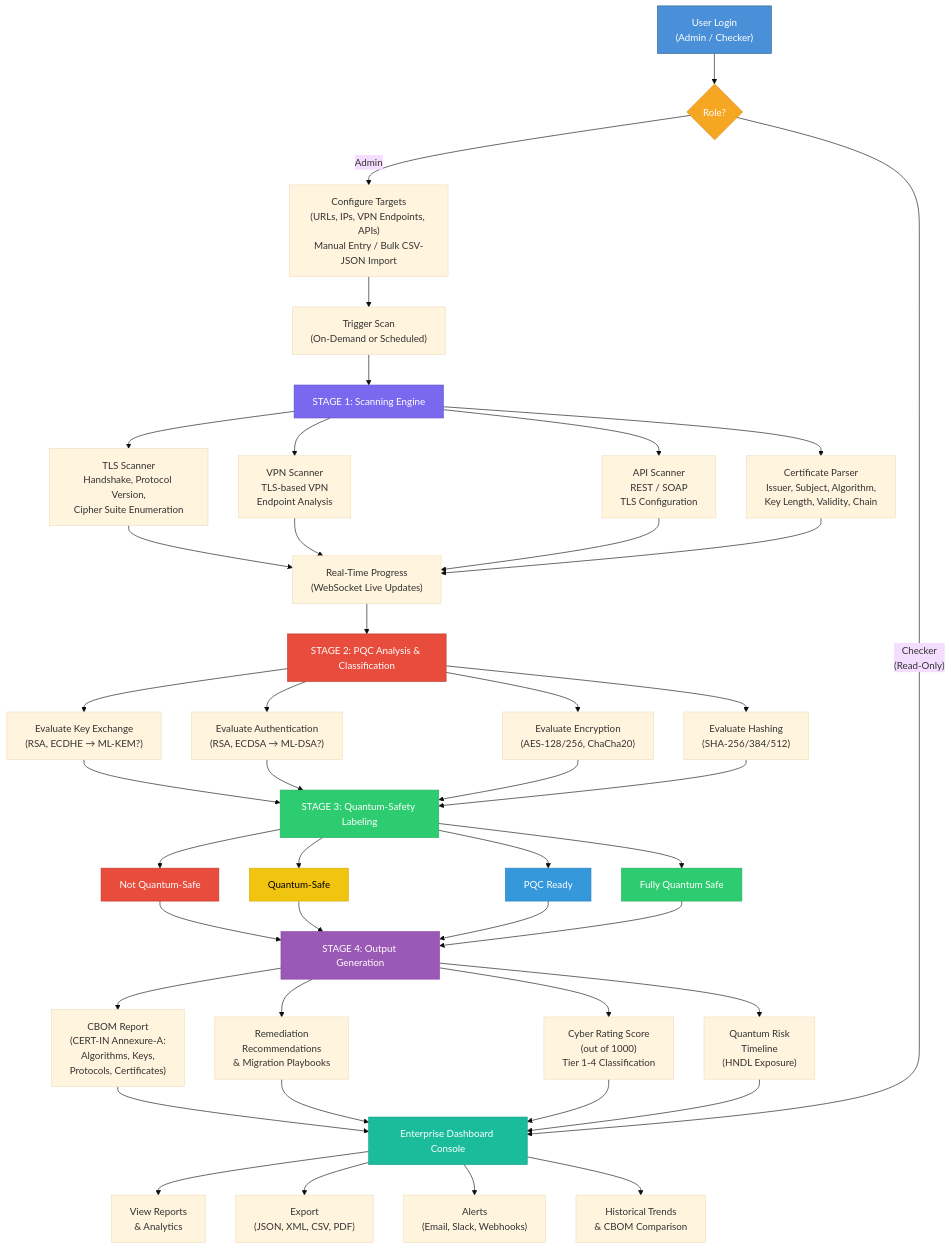
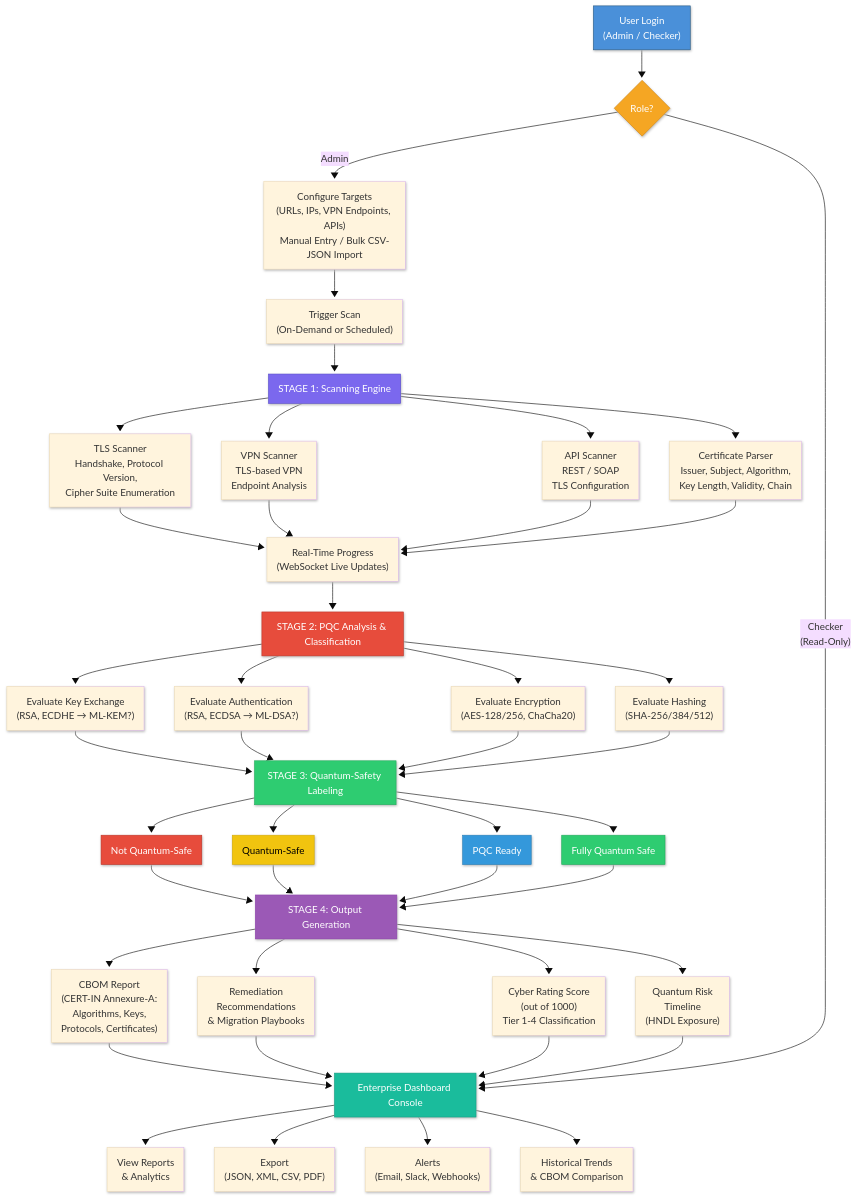
One commit to Team-Gabhrus/rakshak changed the diagram in Software Requirement Specification(SRS)_Hackathon 2026.md. Above: the diagram before and after it, drawn with Mermaid (base theme). The commit also changed other lines of this file, not shown here.

````diff
--- a/Software Requirement Specification(SRS)_Hackathon 2026.md
+++ b/Software Requirement Specification(SRS)_Hackathon 2026.md
@@ -99,65 +88,49 @@
 ```mermaid
+---
+config:
+  layout: dagre
+  look: neo
+---
 flowchart TD
-    %% ── User Entry ──
     A["User Login<br/>(Admin / Checker)"] --> B{"Role?"}
-
-    %% ── Admin Path ──
     B -- "Admin" --> C["Configure Targets<br/>(URLs, IPs, VPN Endpoints, APIs)<br/>Manual Entry / Bulk CSV-JSON Import"]
     C --> D["Trigger Scan<br/>(On-Demand or Scheduled)"]
-
-    %% ── Scanning Stage ──
     D --> E["STAGE 1: Scanning Engine"]
     E --> E1["TLS Scanner<br/>Handshake, Protocol Version,<br/>Cipher Suite Enumeration"]
     E --> E2["VPN Scanner<br/>TLS-based VPN<br/>Endpoint Analysis"]
     E --> E3["API Scanner<br/>REST / SOAP<br/>TLS Configuration"]
     E --> E4["Certificate Parser<br/>Issuer, Subject, Algorithm,<br/>Key Length, Validity, Chain"]
-
-    %% ── Live Monitoring ──
     E1 & E2 & E3 & E4 --> F["Real-Time Progress<br/>(WebSocket Live Updates)"]
-
-    %% ── Analysis Stage ──
     F --> G["STAGE 2: PQC Analysis & Classification"]
     G --> G1["Evaluate Key Exchange<br/>(RSA, ECDHE → ML-KEM?)"]
     G --> G2["Evaluate Authentication<br/>(RSA, ECDSA → ML-DSA?)"]
     G --> G3["Evaluate Encryption<br/>(AES-128/256, ChaCha20)"]
     G --> G4["Evaluate Hashing<br/>(SHA-256/384/512)"]
-
-    %% ── Classification ──
     G1 & G2 & G3 & G4 --> H["STAGE 3: Quantum-Safety Labeling"]
     H --> H1["Not Quantum-Safe"]
     H --> H2["Quantum-Safe"]
     H --> H3["PQC Ready"]
     H --> H4["Fully Quantum Safe"]
-
-    %% ── Output Stage ──
     H1 & H2 & H3 & H4 --> I["STAGE 4: Output Generation"]
     I --> I1["CBOM Report<br/>(CERT-IN Annexure-A:<br/>Algorithms, Keys,<br/>Protocols, Certificates)"]
     I --> I2["Remediation<br/>Recommendations<br/>& Migration Playbooks"]
     I --> I3["Cyber Rating Score<br/>(out of 1000)<br/>Tier 1-4 Classification"]
     I --> I4["Quantum Risk<br/>Timeline<br/>(HNDL Exposure)"]
-
-    %% ── Enterprise Console ──
     I1 & I2 & I3 & I4 --> J["Enterprise Dashboard Console"]
-
-    %% ── Checker Path ──
     B -- "Checker<br/>(Read-Only)" --> J
-
-    %% ── Dashboard Outputs ──
     J --> K1["View Reports<br/>& Analytics"]
     J --> K2["Export<br/>(JSON, XML, CSV, PDF)"]
     J --> K3["Alerts<br/>(Email, Slack, Webhooks)"]
     J --> K4["Historical Trends<br/>& CBOM Comparison"]
-
-    %% ── Styling ──
     style A fill:#4A90D9,stroke:#2C5F8A,color:#fff
     style B fill:#F5A623,stroke:#D48A1A,color:#fff
     style E fill:#7B68EE,stroke:#5A4FCF,color:#fff
     style G fill:#E74C3C,stroke:#C0392B,color:#fff
     style H fill:#2ECC71,stroke:#27AE60,color:#fff
     style I fill:#9B59B6,stroke:#8E44AD,color:#fff
     style J fill:#1ABC9C,stroke:#16A085,color:#fff
     style H1 fill:#E74C3C,stroke:#C0392B,color:#fff
     style H2 fill:#F1C40F,stroke:#D4AC0D,color:#000
     style H3 fill:#3498DB,stroke:#2980B9,color:#fff
     style H4 fill:#2ECC71,stroke:#27AE60,color:#fff
 ```
````
